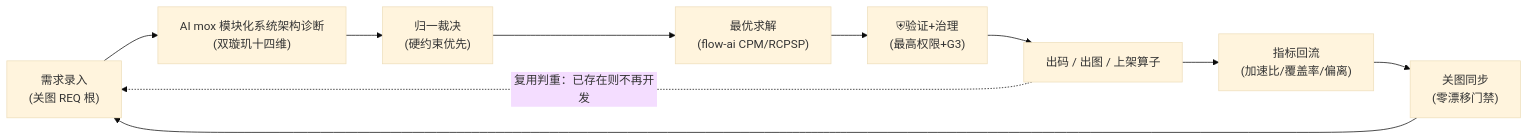
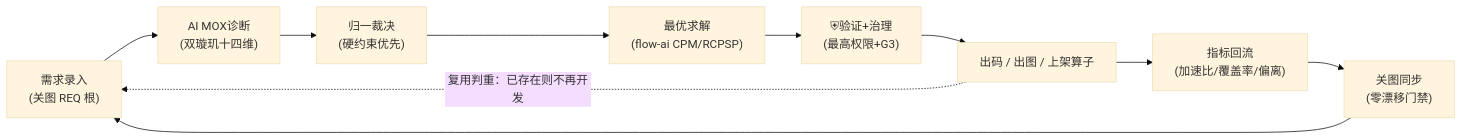
The second of 2 diagrams in docs/enterprise/14-mox 模块化系统架构愿景核心架构与业务流程总纲.md (aikjx/mox), drawn with Mermaid (base theme) before and after one commit. The commit also changed other lines of this file and 24 other files, not shown here.

````diff
--- a/docs/enterprise/14-mox 模块化系统架构愿景核心架构与业务流程总纲.md
+++ b/docs/enterprise/14-mox 模块化系统架构愿景核心架构与业务流程总纲.md
@@ -306,12 +306,12 @@
 ```mermaid
 flowchart LR
-    A["需求录入<br/>(关图 REQ 根)"] --> B["AI mox 模块化系统架构诊断<br/>(双璇玑十四维)"]
+    A["需求录入<br/>(关图 REQ 根)"] --> B["AI MOX诊断<br/>(双璇玑十四维)"]
     B --> C["归一裁决<br/>(硬约束优先)"]
     C --> D["最优求解<br/>(flow-ai CPM/RCPSP)"]
     D --> E["⛨验证+治理<br/>(最高权限+G3)"]
     E --> F["出码 / 出图 / 上架算子"]
     F --> G["指标回流<br/>(加速比/覆盖率/偏离)"]
     G --> H["关图同步<br/>(零漂移门禁)"]
     H --> A
     F -. "复用判重：已存在则不再开发" .-> A
 ```
````
